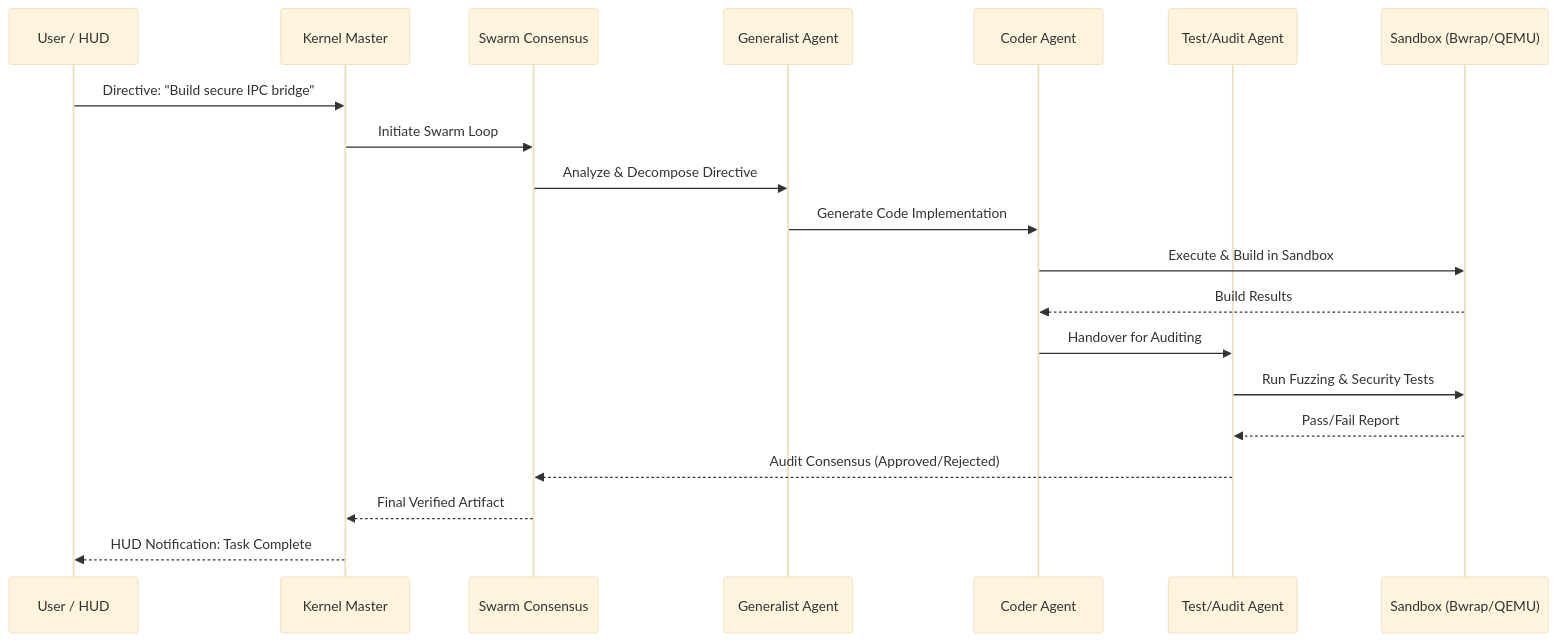
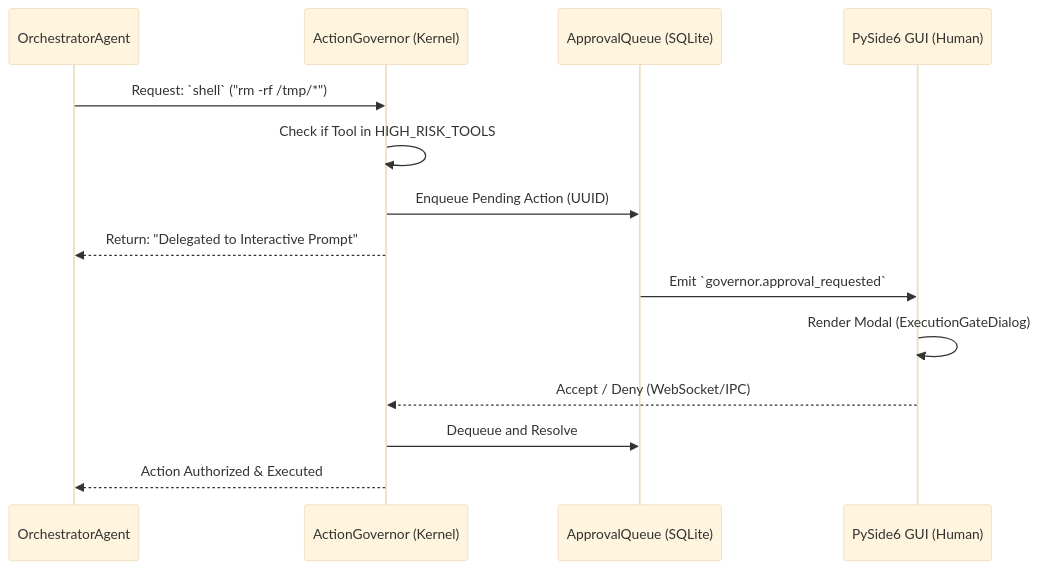
The second of 3 diagrams in ARCHITECTURE.md (Rutytoi220/Axiom), drawn with Mermaid (base theme) before and after one commit. The commit also changed other lines of this file and 149 other files, not shown here.

Commit message:
v11.3.0: Final V11 Code Freeze and Stabilization

````diff
--- a/ARCHITECTURE.md
+++ b/ARCHITECTURE.md
@@ -109,23 +44,17 @@
 ```mermaid
 sequenceDiagram
-    participant U as User / HUD
-    participant K as Kernel Master
-    participant S as Swarm Consensus
-    participant G as Generalist Agent
-    participant C as Coder Agent
-    participant T as Test/Audit Agent
-    participant V as Sandbox (Bwrap/QEMU)
+    participant Agent as OrchestratorAgent
+    participant Gov as ActionGovernor (Kernel)
+    participant Q as ApprovalQueue (SQLite)
+    participant UI as PySide6 GUI (Human)
 
-    U->>K: Directive: "Build secure IPC bridge"
-    K->>S: Initiate Swarm Loop
-    S->>G: Analyze & Decompose Directive
-    G->>C: Generate Code Implementation
-    C->>V: Execute & Build in Sandbox
-    V-->>C: Build Results
-    C->>T: Handover for Auditing
-    T->>V: Run Fuzzing & Security Tests
-    V-->>T: Pass/Fail Report
-    T-->>S: Audit Consensus (Approved/Rejected)
-    S-->>K: Final Verified Artifact
-    K-->>U: HUD Notification: Task Complete
+    Agent->>Gov: Request: `shell` ("rm -rf /tmp/*")
+    Gov->>Gov: Check if Tool in HIGH_RISK_TOOLS
+    Gov->>Q: Enqueue Pending Action (UUID)
+    Gov-->>Agent: Return: "Delegated to Interactive Prompt"
+    Q->>UI: Emit `governor.approval_requested`
+    UI->>UI: Render Modal (ExecutionGateDialog)
+    UI-->>Gov: Accept / Deny (WebSocket/IPC)
+    Gov->>Q: Dequeue and Resolve
+    Gov-->>Agent: Action Authorized & Executed
 ```
````
